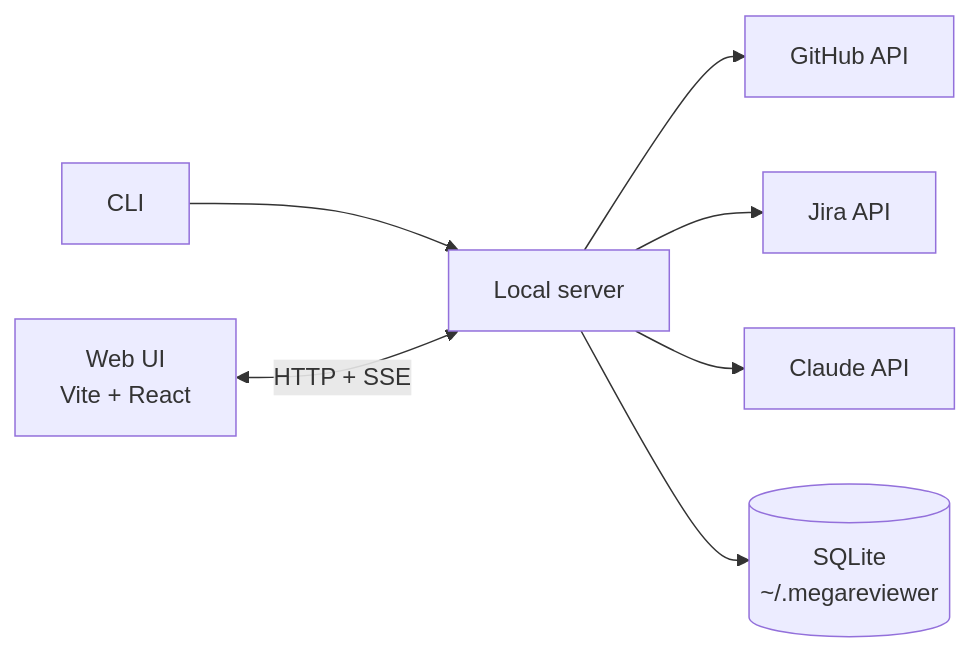
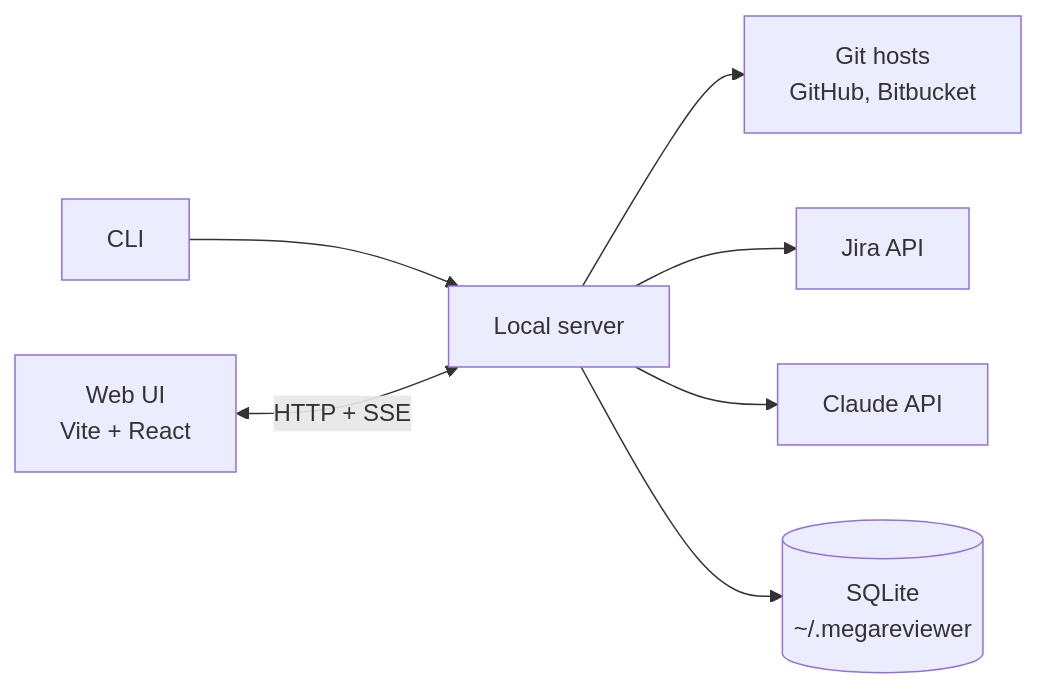
One commit to markd6v/megareviewer changed the diagram in ARCHITECTURE.md. Above: the diagram before and after it, drawn with Mermaid. The commit also changed other lines of this file and 1 other file, not shown here.

Commit message:
Add Bitbucket Cloud to scope

````diff
--- a/ARCHITECTURE.md
+++ b/ARCHITECTURE.md
@@ -29,9 +51,9 @@
 ```mermaid
 flowchart LR
   CLI[CLI] --> Server[Local server]
   UI[Web UI<br/>Vite + React] <-->|HTTP + SSE| Server
-  Server --> GH[GitHub API]
+  Server --> Hosts[Git hosts<br/>GitHub, Bitbucket]
   Server --> Jira[Jira API]
   Server --> Claude[Claude API]
   Server --> DB[(SQLite<br/>~/.megareviewer)]
 ```
````
